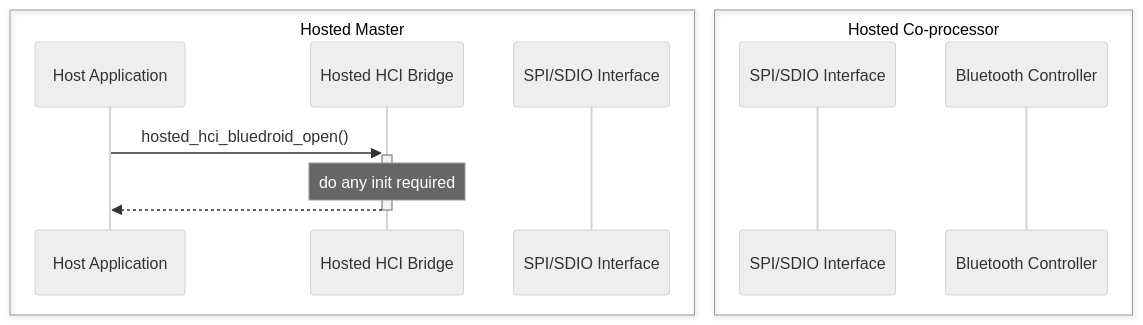
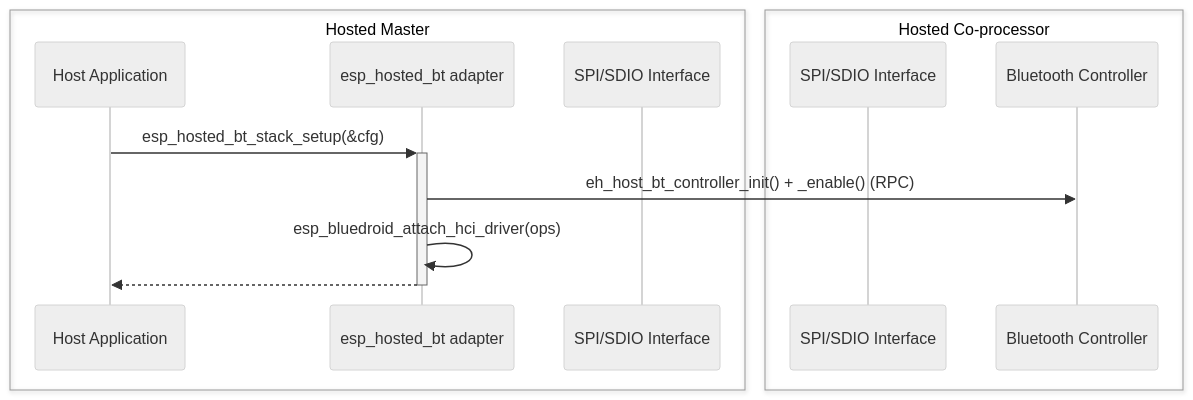
Before and after one commit to espressif/esp-hosted: the seventh of 12 diagrams in docs/design/bluetooth.md, drawn with Mermaid (neutral theme). The commit also changed other lines of this file and 13 other files, not shown here.

Commit message:
bt: docs — rewrite for the esp_hosted_bt_stack_setup adapter API

````diff
--- a/docs/design/bluetooth.md
+++ b/docs/design/bluetooth.md
@@ -260,17 +275,18 @@
 ```mermaid
 sequenceDiagram
     box transparent Hosted Master
     participant bt as Host Application
-    participant hhci as Hosted HCI Bridge
+    participant hhci as esp_hosted_bt adapter
     participant master as SPI/SDIO Interface
     end
 
     box transparent Hosted Co-processor
     participant sinterface as SPI/SDIO Interface
     participant slave as Bluetooth Controller
     end
 
-    bt ->> +hhci : hosted_hci_bluedroid_open()
-    Note over hhci: do any init required
+    bt ->> +hhci : esp_hosted_bt_stack_setup(&cfg)
+    hhci ->> slave : eh_host_bt_controller_init() + _enable() (RPC)
+    hhci ->> hhci : esp_bluedroid_attach_hci_driver(ops)
     hhci -->> -bt :
 ```
````
